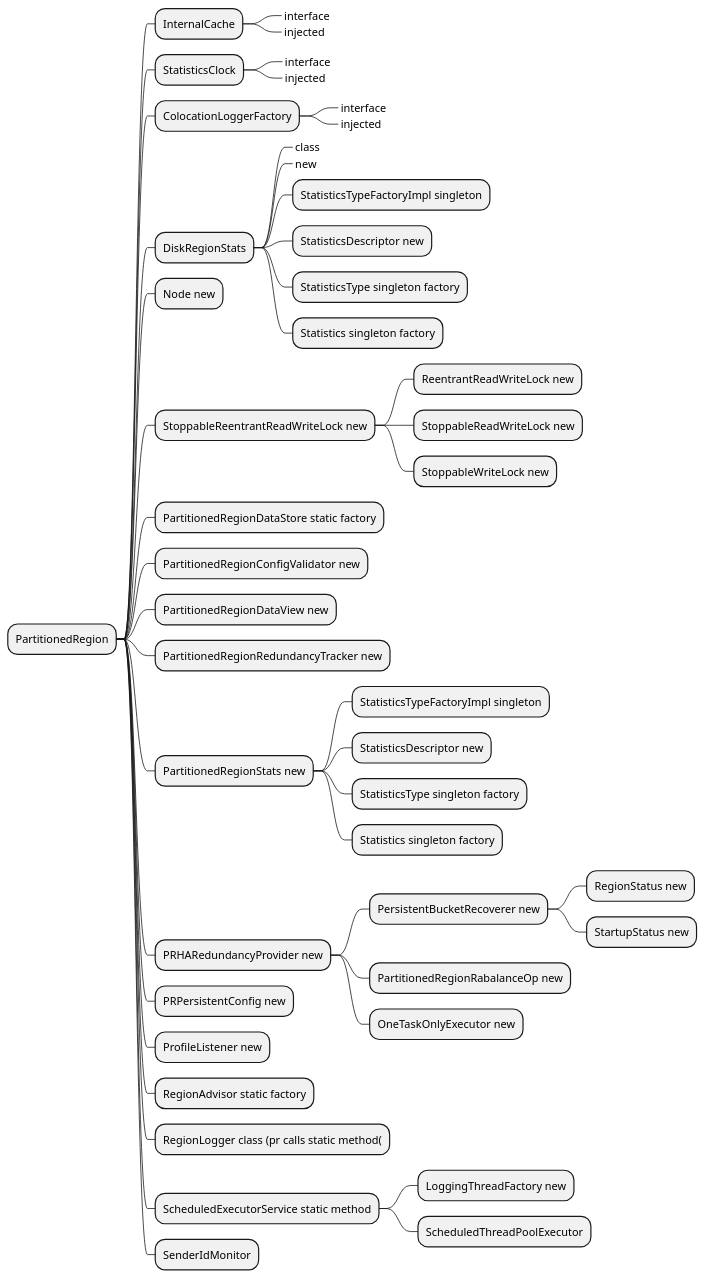
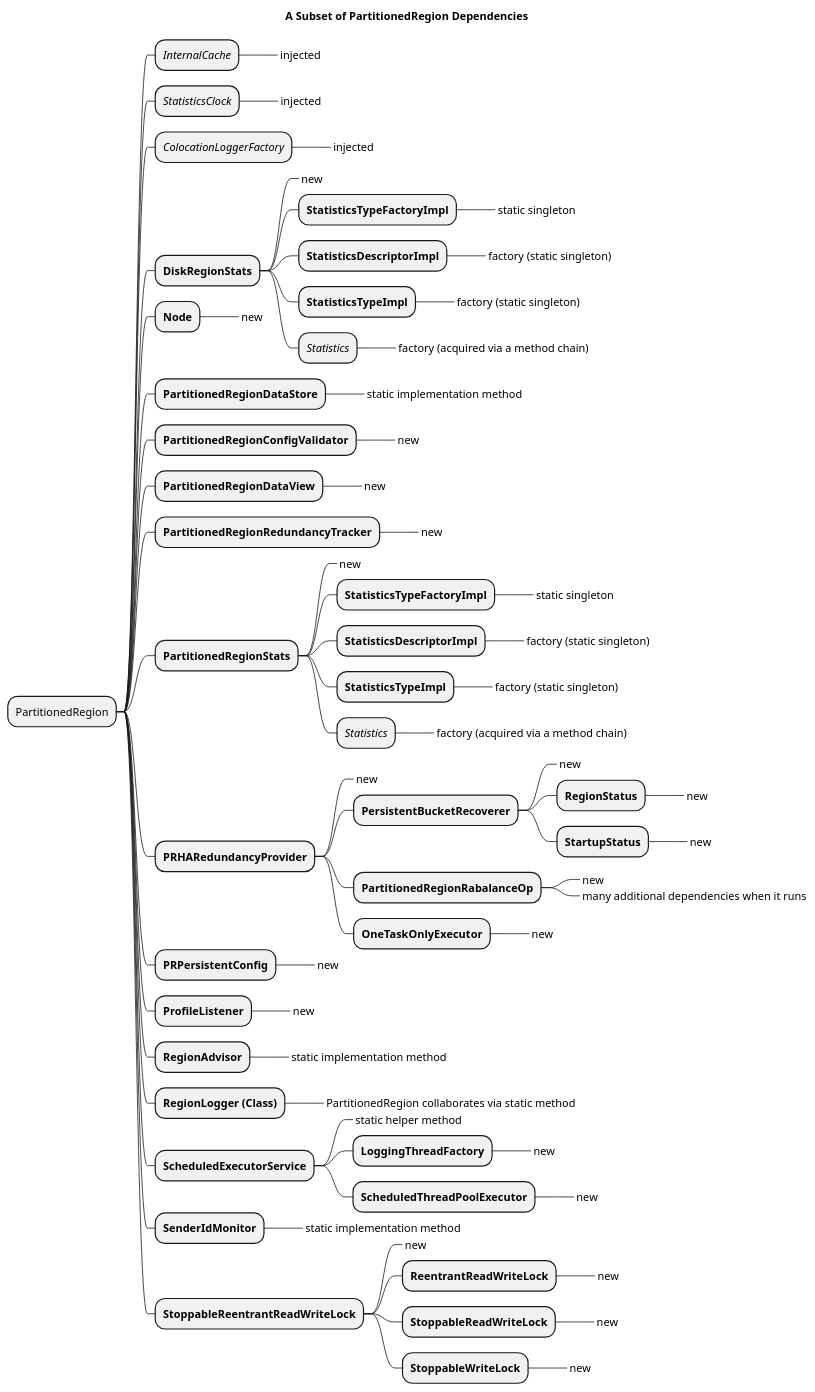
One commit to demery-pivotal/demery-pivotal.github.io changed the diagram in diagrams/puml/partitioned-region-dependencies.puml. Above: the diagram before and after it, drawn with PlantUML. The commit also changed other lines of this file, not shown here.

Commit message:
More PR dependencies

```diff
--- a/diagrams/puml/partitioned-region-dependencies.puml
+++ b/diagrams/puml/partitioned-region-dependencies.puml
@@ -1,67 +2,98 @@
 @startmindmap
 
+title A Subset of PartitionedRegion Dependencies
+
 * PartitionedRegion
+	* //InternalCache//
+		*_ injected
 
-** InternalCache
-***_ interface
-***_ injected
+	* //StatisticsClock//
+		*_ injected
 
-**  StatisticsClock
-***_ interface
-***_ injected
+	* //ColocationLoggerFactory//
+		*_ injected
 
-** ColocationLoggerFactory
-***_ interface
-***_ injected
+	* **DiskRegionStats**
+		*_ new
+		* **StatisticsTypeFactoryImpl**
+			*_ static singleton
+		* **StatisticsDescriptorImpl**
+			*_ factory (static singleton)
+		* **StatisticsTypeImpl**
+			*_ factory (static singleton)
+		* //Statistics//
+			*_ factory (acquired via a method chain)
 
-** DiskRegionStats
-***_ class
-***_ new
-*** StatisticsTypeFactoryImpl singleton
-*** StatisticsDescriptor new
-*** StatisticsType singleton factory
-*** Statistics singleton factory
+	* **Node**
+		*_ new
 
-** Node new
 
-** StoppableReentrantReadWriteLock new
-*** ReentrantReadWriteLock new
-*** StoppableReadWriteLock new
-*** StoppableWriteLock new
+	* **PartitionedRegionDataStore**
+		*_ static implementation method
 
-** PartitionedRegionDataStore static factory
+	* **PartitionedRegionConfigValidator**
+		*_ new
 
-** PartitionedRegionConfigValidator new
+	* **PartitionedRegionDataView**
+		*_ new
 
-** PartitionedRegionDataView new
+	* **PartitionedRegionRedundancyTracker**
+		*_ new
 
-** PartitionedRegionRedundancyTracker new
+	* **PartitionedRegionStats**
+		*_ new
+		* **StatisticsTypeFactoryImpl**
+			*_ static singleton
+		* **StatisticsDescriptorImpl**
+			*_ factory (static singleton)
+		* **StatisticsTypeImpl**
+			*_ factory (static singleton)
+		* //Statistics//
+			*_ factory (acquired via a method chain)
 
-** PartitionedRegionStats new
-*** StatisticsTypeFactoryImpl singleton
-*** StatisticsDescriptor new
-*** StatisticsType singleton factory
-*** Statistics singleton factory
+	* **PRHARedundancyProvider**
+		*_ new
+		* **PersistentBucketRecoverer**
+			*_ new
+			* **RegionStatus**
+				*_ new
+			* **StartupStatus**
+				*_ new
+		* **PartitionedRegionRabalanceOp**
+			*_ new
+			*_ many additional dependencies when it runs
+		* **OneTaskOnlyExecutor**
+			*_ new
 
-** PRHARedundancyProvider new
-*** PersistentBucketRecoverer new
-**** RegionStatus new
-**** StartupStatus new
-*** PartitionedRegionRabalanceOp new
-*** OneTaskOnlyExecutor new
+	* **PRPersistentConfig**
+		*_ new
 
-** PRPersistentConfig new
+	* **ProfileListener**
+		*_ new
 
-** ProfileListener new
+	* **RegionAdvisor**
+		*_ static implementation method
 
-** RegionAdvisor static factory
+	* **RegionLogger (Class)**
+		*_ PartitionedRegion collaborates via static method
 
-** RegionLogger class (pr calls static method(
+	* **ScheduledExecutorService**
+		*_ static helper method
+		* **LoggingThreadFactory**
+			*_ new
+		* **ScheduledThreadPoolExecutor**
+			*_ new
 
-** ScheduledExecutorService static method
-*** LoggingThreadFactory new
-*** ScheduledThreadPoolExecutor
+	* **SenderIdMonitor**
+		*_ static implementation method
 
-** SenderIdMonitor
+	* **StoppableReentrantReadWriteLock**
+		*_ new
+		* **ReentrantReadWriteLock**
+			*_ new
+		* **StoppableReadWriteLock**
+			*_ new
+		* **StoppableWriteLock**
+			*_ new
 
 @endmindmap
```
